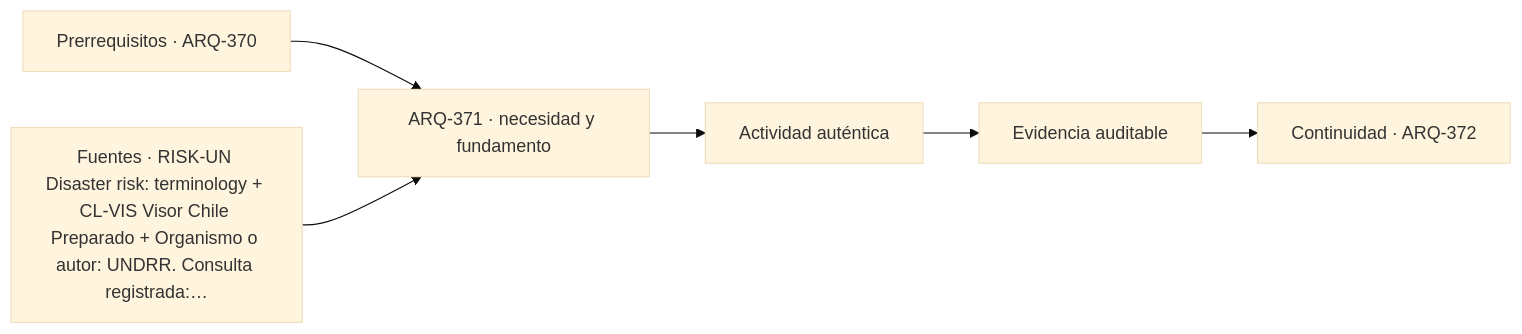
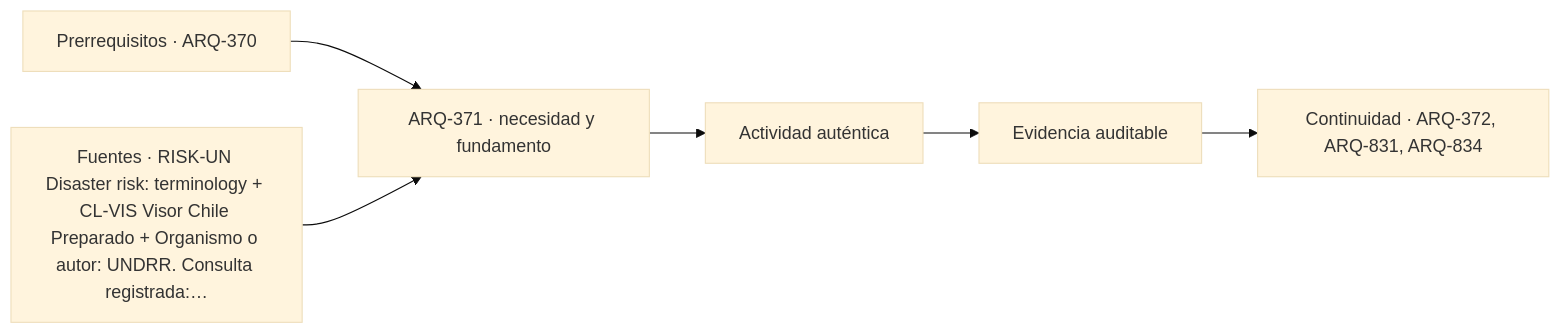
One commit to vladimiracunadev-create/architecture-built-environment-learning-program changed the diagram in classes/parte-38/ARQ-371.md. Above: the diagram before and after it, drawn with Mermaid (base theme). The commit also changed other lines of this file and 182 other files, not shown here.

````diff
--- a/classes/parte-38/ARQ-371.md
+++ b/classes/parte-38/ARQ-371.md
@@ -125,8 +125,8 @@
 ```mermaid
 flowchart LR
     A["Prerrequisitos · ARQ-370"] --> B["ARQ-371 · necesidad y fundamento"]
     S["Fuentes · RISK-UN Disaster risk: terminology + CL-VIS Visor Chile Preparado + Organismo o autor: UNDRR. Consulta registrada:…"] --> B
     B --> C["Actividad auténtica"]
     C --> D["Evidencia auditable"]
-    D --> E["Continuidad · ARQ-372"]
+    D --> E["Continuidad · ARQ-372, ARQ-831, ARQ-834"]
 ```
````
